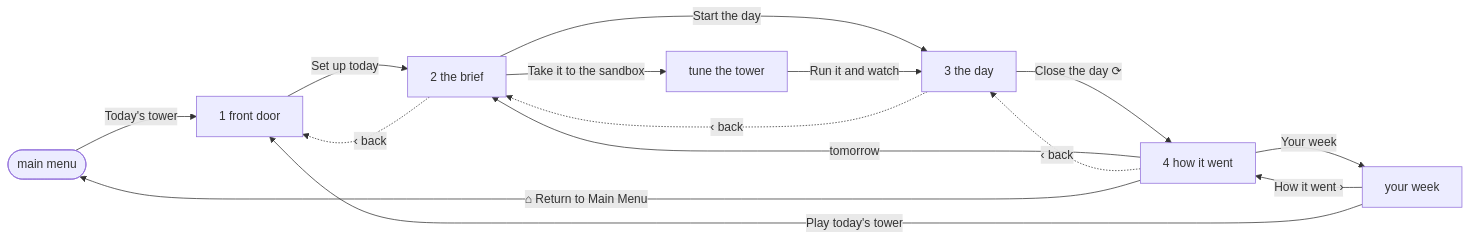
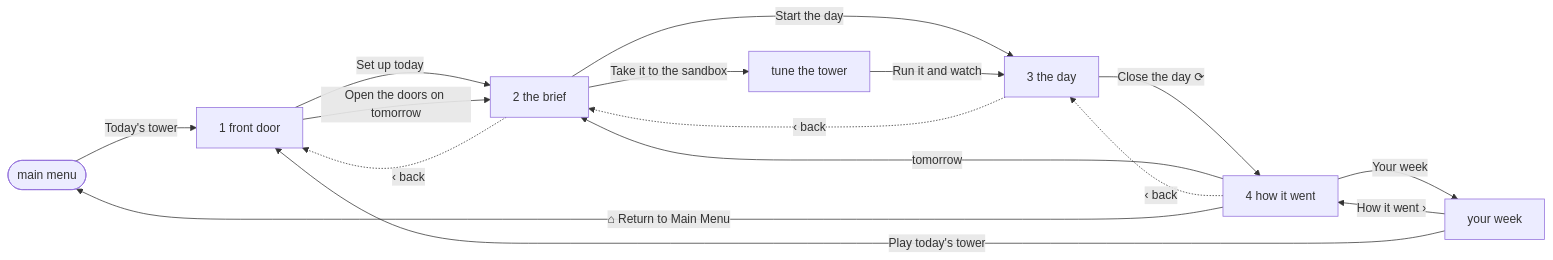
One commit to mrpeanut01/elevator-sim changed the first of 2 diagrams in docs/27-flow-maps.md. Above: the diagram before and after it, drawn with Mermaid. The commit also changed other lines of this file and 135 other files, not shown here.

````diff
--- a/docs/27-flow-maps.md
+++ b/docs/27-flow-maps.md
@@ -136,17 +138,18 @@
 ```mermaid
 flowchart LR
   menu([main menu]) -->|Today's tower| door[1 front door]
   door -->|Set up today| brief[2 the brief]
+  door -->|Open the doors on tomorrow| brief
   brief -->|Start the day| stage[3 the day]
   stage -->|Close the day ⟳| report[4 how it went]
   report -->|Your week| week[your week]
   week -->|How it went ›| report
   week -->|Play today's tower| door
   report -->|tomorrow| brief
   brief -->|Take it to the sandbox| tuner[tune the tower]
   tuner -->|Run it and watch| stage
   brief -.->|‹ back| door
   stage -.->|‹ back| brief
   report -.->|‹ back| stage
   report -->|⌂ Return to Main Menu| menu
 ```
````
